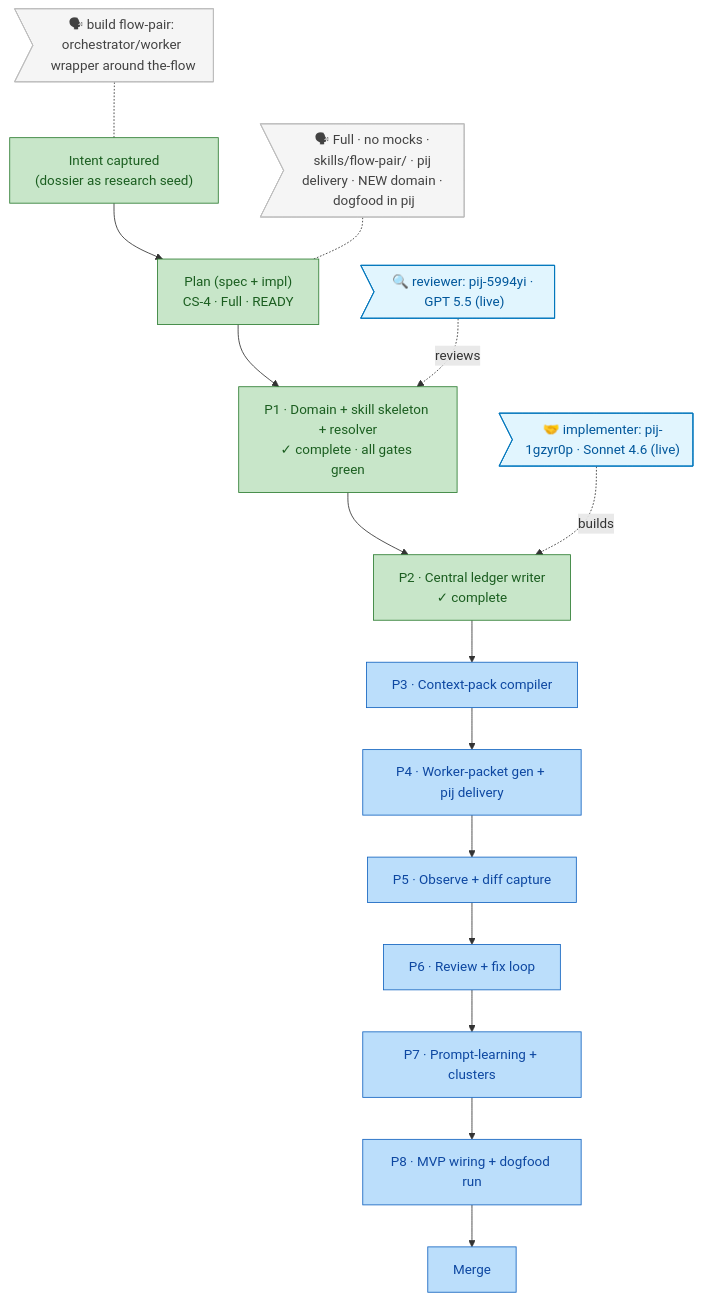
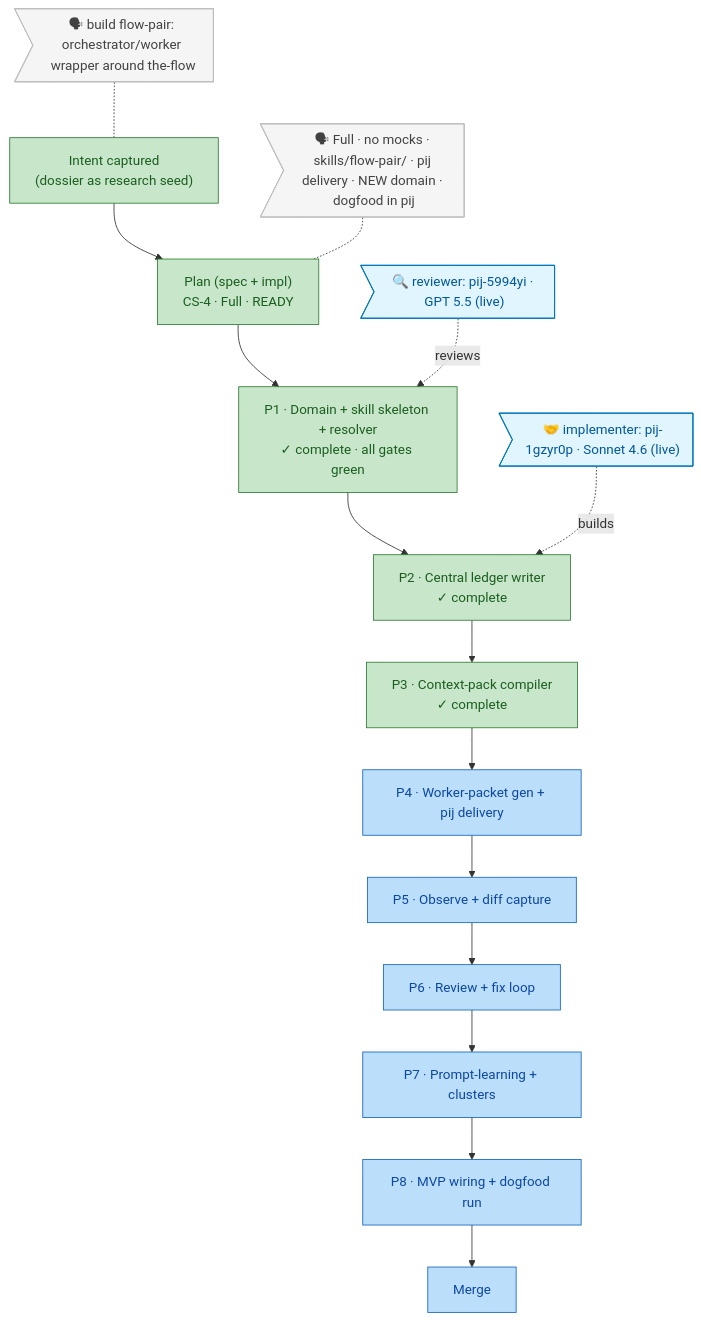
One commit to vaughanknight/pij changed the diagram in docs/plans/016-flow-pair/the-flow.md. Above: the diagram before and after it, drawn with Mermaid. The commit also changed other lines of this file and 12 other files, not shown here.

First line of the commit message:
feat(flow-pair): Phase 3 — context-pack compiler

````diff
--- a/docs/plans/016-flow-pair/the-flow.md
+++ b/docs/plans/016-flow-pair/the-flow.md
@@ -5,34 +5,34 @@
 ```mermaid
 flowchart TD
   classDef done fill:#C8E6C9,stroke:#2E7D32,color:#1B5E20;
   classDef wip fill:#FFE0B2,stroke:#EF6C00,color:#E65100;
   classDef blocked fill:#FFCDD2,stroke:#C62828,color:#B71C1C;
   classDef known fill:#BBDEFB,stroke:#1565C0,color:#0D47A1;
   classDef assumed fill:#FFFFFF,stroke:#9E9E9E,color:#616161,stroke-dasharray:4 3;
   classDef said fill:#F5F5F5,stroke:#BDBDBD,color:#424242;
   classDef worker fill:#E1F5FE,stroke:#0277BD,color:#01579B;
 
   start["Intent captured<br/>(dossier as research seed)"]:::done
   plan["Plan (spec + impl)<br/>CS-4 · Full · READY"]:::done
   p1["P1 · Domain + skill skeleton + resolver<br/>✓ complete · all gates green"]:::done
   p2["P2 · Central ledger writer<br/>✓ complete"]:::done
-  p3["P3 · Context-pack compiler"]:::known
+  p3["P3 · Context-pack compiler<br/>✓ complete"]:::done
   p4["P4 · Worker-packet gen + pij delivery"]:::known
   p5["P5 · Observe + diff capture"]:::known
   p6["P6 · Review + fix loop"]:::known
   p7["P7 · Prompt-learning + clusters"]:::known
   p8["P8 · MVP wiring + dogfood run"]:::known
   merge["Merge"]:::known
 
   start --> plan --> p1 --> p2 --> p3 --> p4 --> p5 --> p6 --> p7 --> p8 --> merge
 
   worker>"🤝 implementer: pij-1gzyr0p · Sonnet 4.6 (live)"]:::worker
   reviewer>"🔍 reviewer: pij-5994yi · GPT 5.5 (live)"]:::worker
   worker -. builds .-> p2
   reviewer -. reviews .-> p1
 
   said_start>"🗣 build flow-pair: orchestrator/worker wrapper around the-flow"]:::said
   said_start -.- start
   said_plan>"🗣 Full · no mocks · skills/flow-pair/ · pij delivery · NEW domain · dogfood in pij"]:::said
   said_plan -.- plan
 ```
````
